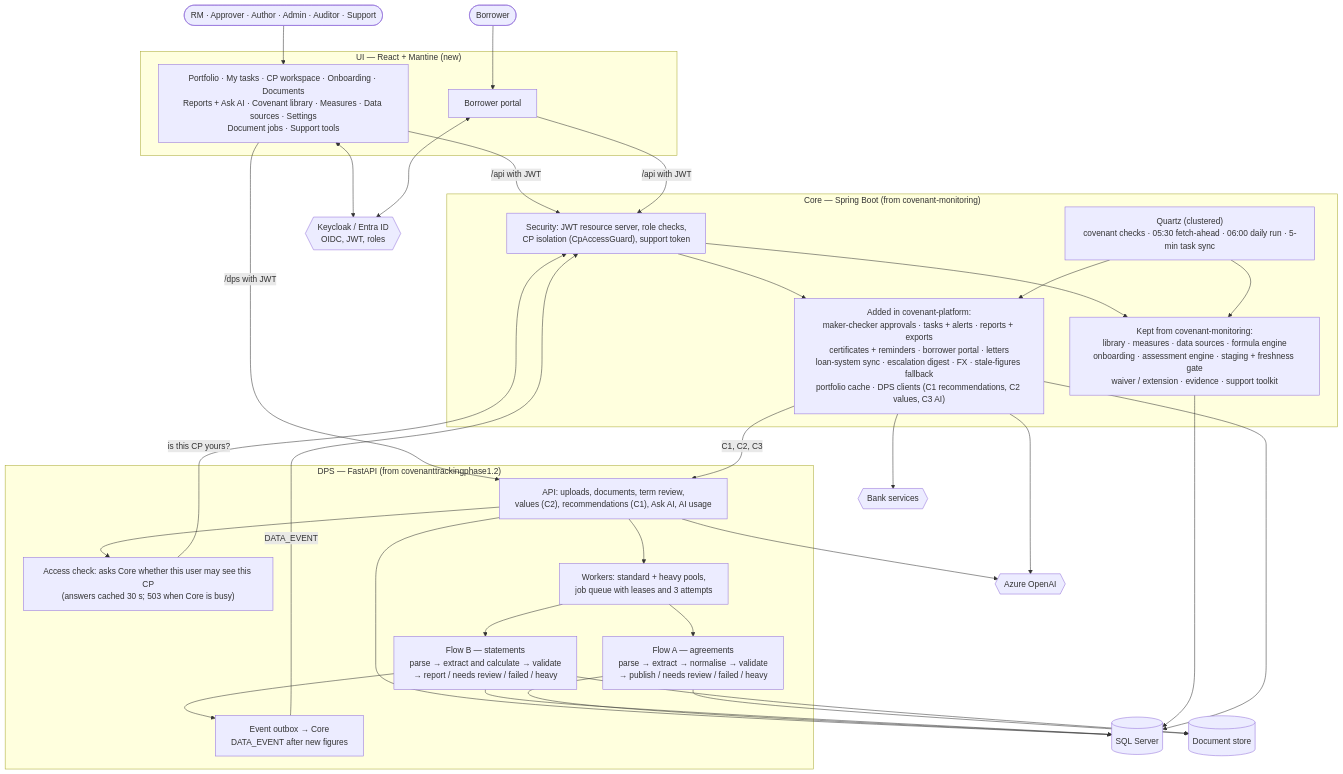
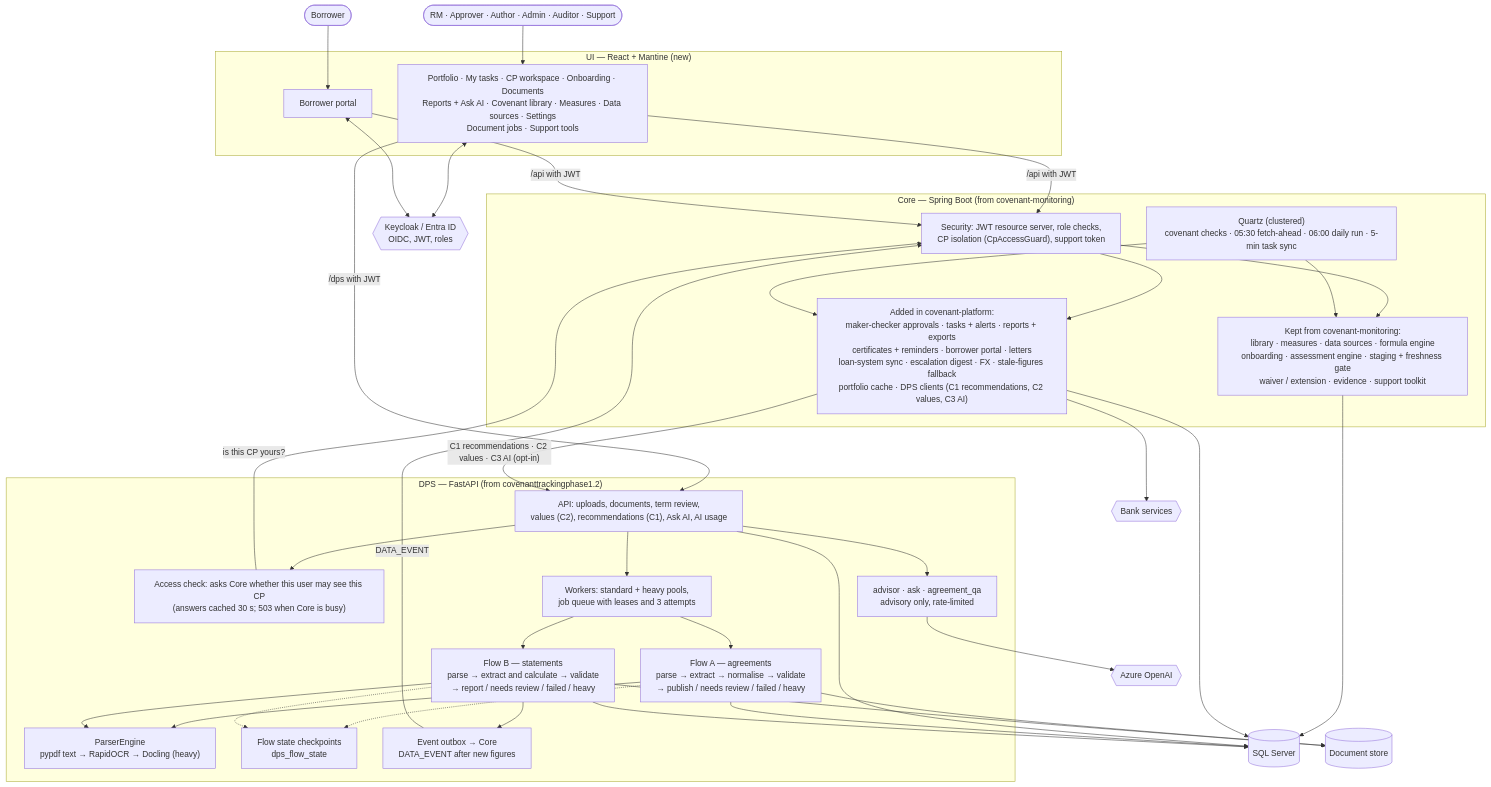
The second of 9 diagrams in docs/architecture/covenant-platform.md (Vishwas2311/loan-covenant-platform), drawn with Mermaid before and after one commit. The commit also changed other lines of this file and 1 other file, not shown here.

First line of the commit message:
Architecture page: fill the gaps found against the code graph

````diff
--- a/docs/architecture/covenant-platform.md
+++ b/docs/architecture/covenant-platform.md
@@ -77,50 +80,55 @@
 ```mermaid
 %%{init: {"flowchart": {"wrappingWidth": 420}}}%%
 flowchart TB
     staff(["RM · Approver · Author · Admin · Auditor · Support"])
     borrower(["Borrower"])
     idp{{"Keycloak / Entra ID<br/>OIDC, JWT, roles"}}
 
     subgraph uiL["UI — React + Mantine (new)"]
         spa["Portfolio · My tasks · CP workspace · Onboarding · Documents<br/>Reports + Ask AI · Covenant library · Measures · Data sources · Settings<br/>Document jobs · Support tools"]
         portal["Borrower portal"]
     end
 
     subgraph coreL["Core — Spring Boot (from covenant‑monitoring)"]
         sec["Security: JWT resource server, role checks,<br/>CP isolation (CpAccessGuard), support token"]
         kept["Kept from covenant-monitoring:<br/>library · measures · data sources · formula engine<br/>onboarding · assessment engine · staging + freshness gate<br/>waiver / extension · evidence · support toolkit"]
         added["Added in covenant-platform:<br/>maker-checker approvals · tasks + alerts · reports + exports<br/>certificates + reminders · borrower portal · letters<br/>loan-system sync · escalation digest · FX · stale-figures fallback<br/>portfolio cache · DPS clients (C1 recommendations, C2 values, C3 AI)"]
         q["Quartz (clustered)<br/>covenant checks · 05:30 fetch-ahead · 06:00 daily run · 5-min task sync"]
     end
 
     subgraph dpsL["DPS — FastAPI (from covenanttrackingphase1.2)"]
         dapi["API: uploads, documents, term review,<br/>values (C2), recommendations (C1), Ask AI, AI usage"]
         acc["Access check: asks Core whether this user may see this CP<br/>(answers cached 30 s; 503 when Core is busy)"]
         fa["Flow A — agreements<br/>parse → extract → normalise → validate<br/>→ publish / needs review / failed / heavy"]
+        parse["ParserEngine<br/>pypdf text → RapidOCR → Docling (heavy)"]
+        ai2["advisor · ask · agreement_qa<br/>advisory only, rate-limited"]
+        fp["Flow state checkpoints<br/>dps_flow_state"]
         fb["Flow B — statements<br/>parse → extract and calculate → validate<br/>→ report / needs review / failed / heavy"]
         wk["Workers: standard + heavy pools,<br/>job queue with leases and 3 attempts"]
         ob["Event outbox → Core<br/>DATA_EVENT after new figures"]
     end
 
     sql[("SQL Server")]
     store[("Document store")]
     aoai{{"Azure OpenAI"}}
     bank{{"Bank services"}}
 
     staff --> spa
     borrower --> portal
     spa & portal <--> idp
     spa & portal -->|/api with JWT| sec
     spa -->|/dps with JWT| dapi
     sec --> kept & added
     q --> kept & added
     kept & added --> sql
-    added -->|C1, C2, C3| dapi
+    added -->|"C1 recommendations · C2 values · C3 AI (opt-in)"| dapi
     dapi --> acc -->|is this CP yours?| sec
     dapi --> wk --> fa & fb
+    fa & fb --> parse
+    fa & fb -.-> fp
+    dapi --> ai2 --> aoai
     fa & fb --> store
     fb --> ob -->|DATA_EVENT| sec
     dapi & fa & fb --> sql
-    dapi & added --> aoai
     added --> bank
 ```
````
